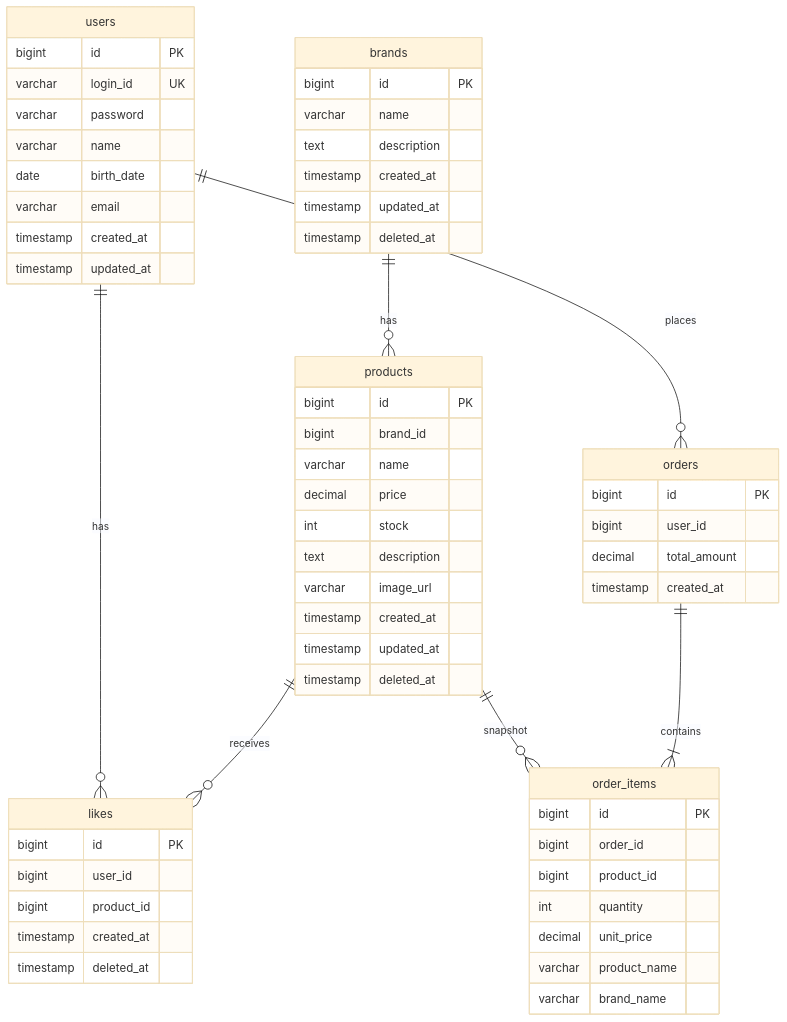
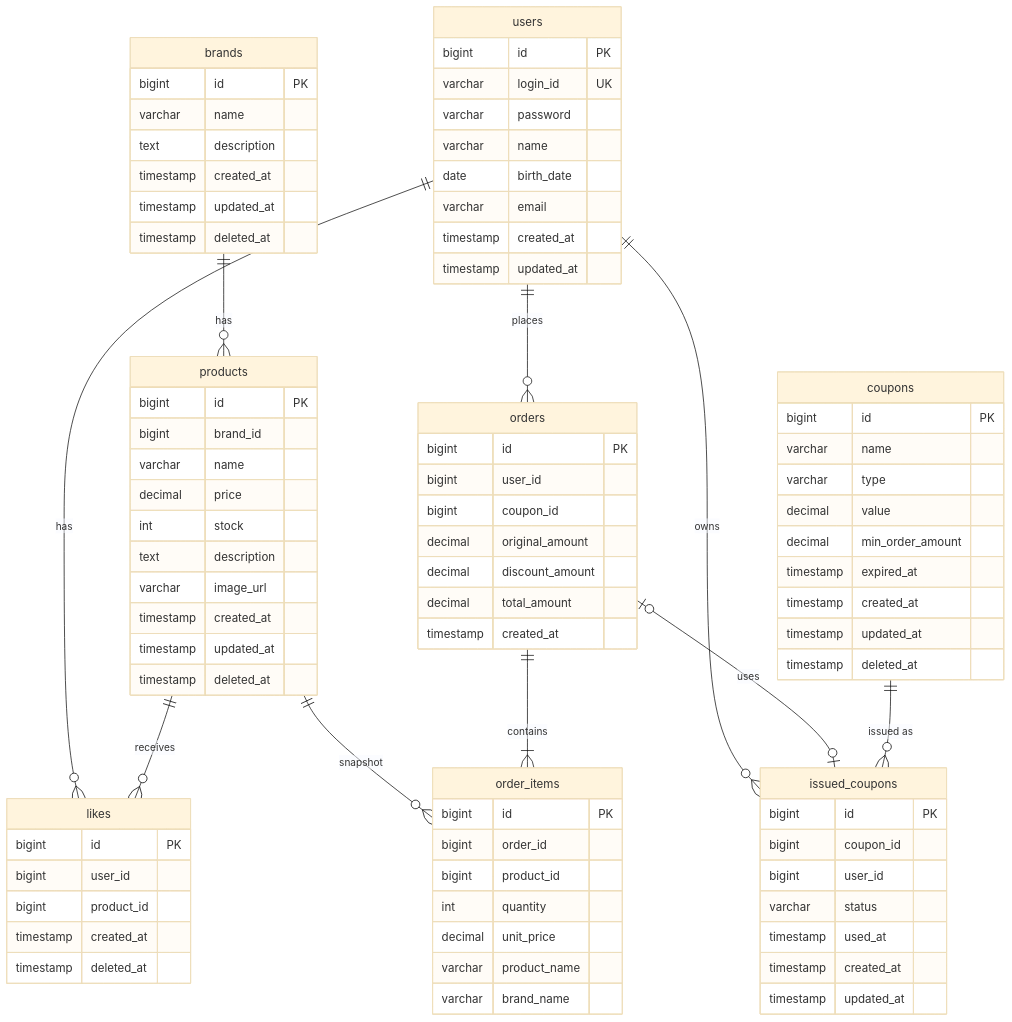
One commit to Loopers-dev-lab/loop-pack-be-l2-vol3-kotlin changed the diagram in docs/design/04-erd.md. Above: the diagram before and after it, drawn with Mermaid (base theme). The commit also changed other lines of this file and 3 other files, not shown here.

````diff
--- a/docs/design/04-erd.md
+++ b/docs/design/04-erd.md
@@ -22,10 +22,13 @@
 erDiagram
     users ||--o{ likes : "has"
     users ||--o{ orders : "places"
+    users ||--o{ issued_coupons : "owns"
     brands ||--o{ products : "has"
     products ||--o{ likes : "receives"
     products ||--o{ order_items : "snapshot"
     orders ||--|{ order_items : "contains"
+    orders |o--o| issued_coupons : "uses"
+    coupons ||--o{ issued_coupons : "issued as"
 
     users {
         bigint id PK
@@ -71,6 +74,9 @@
     orders {
         bigint id PK
         bigint user_id
+        bigint coupon_id
+        decimal original_amount
+        decimal discount_amount
         decimal total_amount
         timestamp created_at
     }
@@ -84,4 +90,26 @@
         varchar product_name
         varchar brand_name
     }
+
+    coupons {
+        bigint id PK
+        varchar name
+        varchar type
+        decimal value
+        decimal min_order_amount
+        timestamp expired_at
+        timestamp created_at
+        timestamp updated_at
+        timestamp deleted_at
+    }
+
+    issued_coupons {
+        bigint id PK
+        bigint coupon_id
+        bigint user_id
+        varchar status
+        timestamp used_at
+        timestamp created_at
+        timestamp updated_at
+    }
 ```
````
